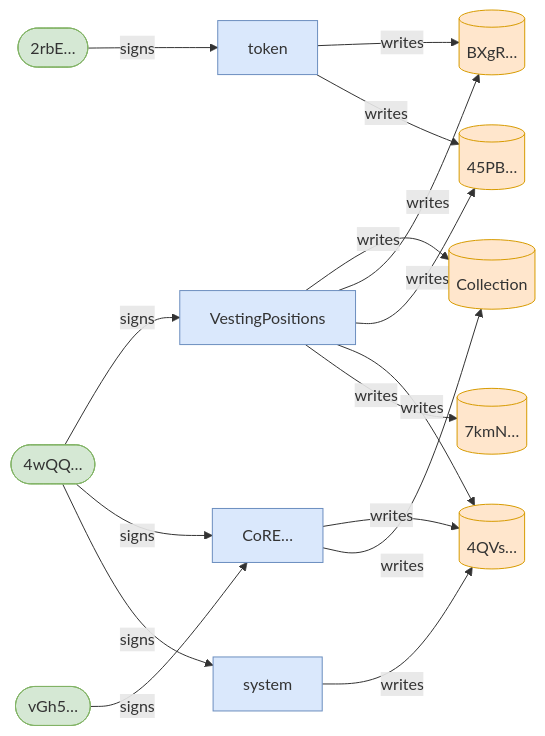
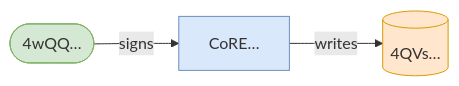
One commit to cds-turbin3/vesting-position changed the second of 3 diagrams in babelfish-tests/test-report/fully_claimed_loyalty_badge_is_permanently_frozen.md. Above: the diagram before and after it, drawn with Mermaid. The commit also changed other lines of this file and 50 other files, not shown here.

````diff
--- a/babelfish-tests/test-report/fully_claimed_loyalty_badge_is_permanently_frozen.md
+++ b/babelfish-tests/test-report/fully_claimed_loyalty_badge_is_permanently_frozen.md
@@ -30,33 +16,11 @@
 ```mermaid
 flowchart LR
-    VestingPositions["VestingPositions"]:::program
+    CoRE["CoRE…"]:::program
+    4QVs[("4QVs…")]:::state
     4wQQ(["4wQQ…"]):::signer
-    Collection[("Collection")]:::state
-    BXgR[("BXgR…")]:::state
-    45PB[("45PB…")]:::state
-    4QVs[("4QVs…")]:::state
-    7kmN[("7kmN…")]:::state
-    CoRE["CoRE…"]:::program
-    vGh5(["vGh5…"]):::signer
-    system["system"]:::program
-    token["token"]:::program
-    2rbE(["2rbE…"]):::signer
-    4wQQ -->|signs| VestingPositions
-    VestingPositions -->|writes| Collection
-    VestingPositions -->|writes| BXgR
-    VestingPositions -->|writes| 45PB
-    VestingPositions -->|writes| 4QVs
-    VestingPositions -->|writes| 7kmN
     CoRE -->|writes| 4QVs
-    CoRE -->|writes| Collection
     4wQQ -->|signs| CoRE
-    vGh5 -->|signs| CoRE
-    4wQQ -->|signs| system
-    system -->|writes| 4QVs
-    token -->|writes| BXgR
-    token -->|writes| 45PB
-    2rbE -->|signs| token
     classDef program fill:#dae8fc,stroke:#6c8ebf;
     classDef signer fill:#d5e8d4,stroke:#82b366;
     classDef state fill:#ffe6cc,stroke:#d79b00;
 ```
````
